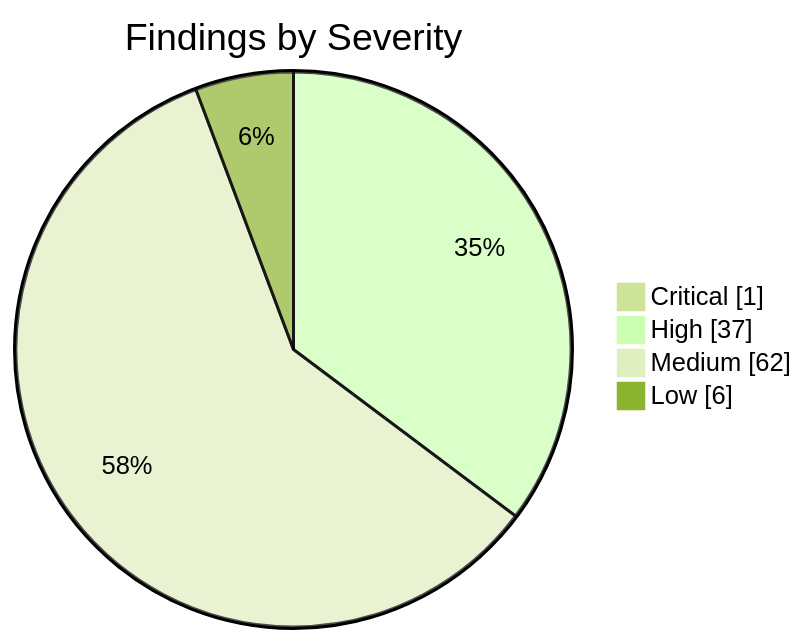
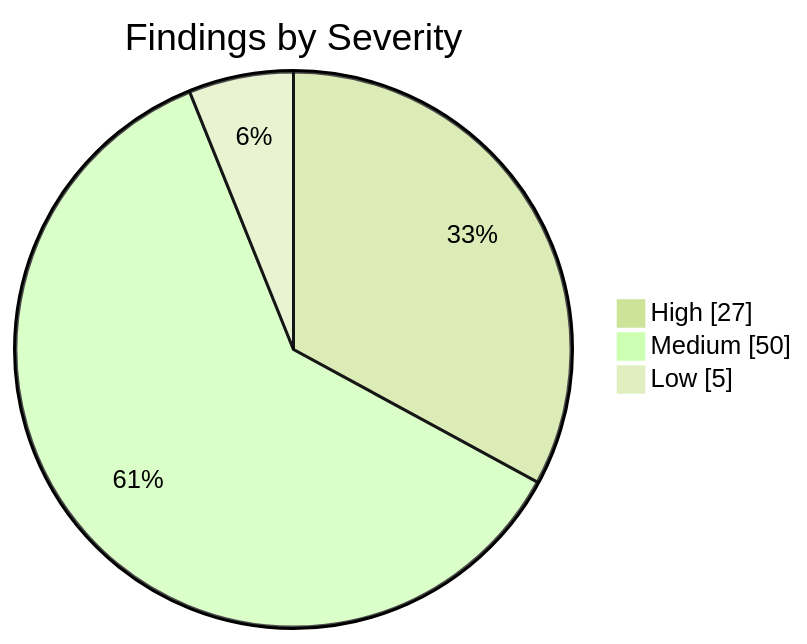
The first of 2 diagrams in apps/kbve/astro-kbve/src/content/docs/dashboard/security.mdx (KBVE/kbve), drawn with Mermaid (forest theme) before and after one commit. The commit also changed other lines of this file and 8 other files, not shown here.

````diff
--- a/apps/kbve/astro-kbve/src/content/docs/dashboard/security.mdx
+++ b/apps/kbve/astro-kbve/src/content/docs/dashboard/security.mdx
@@ -62,8 +62,7 @@
 ```mermaid
 pie showData
     title Findings by Severity
-    "Critical" : 1
-    "High" : 37
-    "Medium" : 62
-    "Low" : 6
+    "High" : 27
+    "Medium" : 50
+    "Low" : 5
 ```
````
